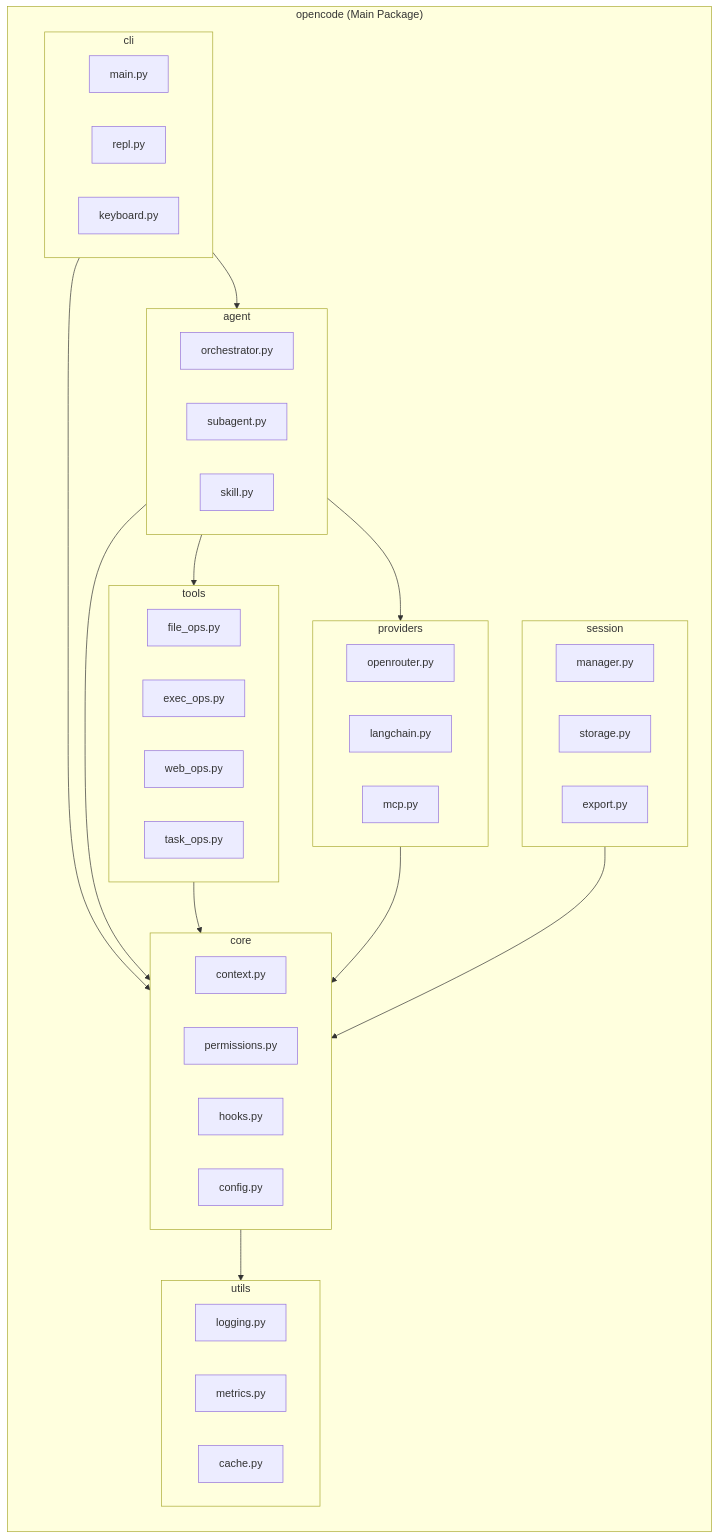
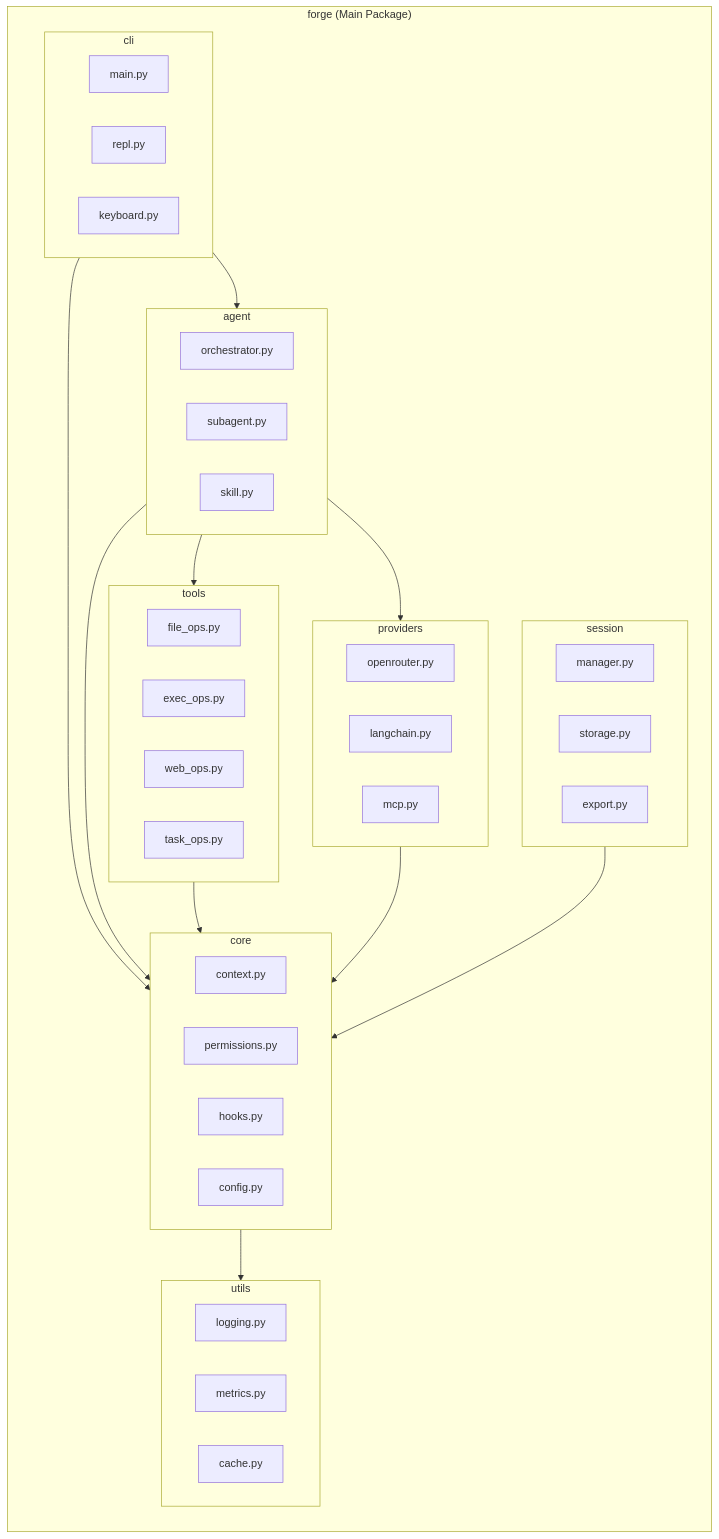
Diagram 38 of 38 in .ai/reference/UML.md (corey-rosamond/Code-Forge), drawn with Mermaid before and after one commit. The commit also changed other lines of this file and 505 other files, not shown here.

````diff
--- a/.ai/reference/UML.md
+++ b/.ai/reference/UML.md
@@ -1819,60 +1819,60 @@
 ```mermaid
 flowchart TB
-    subgraph opencode["opencode (Main Package)"]
+    subgraph forge["forge (Main Package)"]
         direction TB
 
         subgraph cli["cli"]
             MAIN[main.py]
             REPL_MOD[repl.py]
             KEYBOARD[keyboard.py]
         end
 
         subgraph agent["agent"]
             ORCHESTRATOR[orchestrator.py]
             SUBAGENT[subagent.py]
             SKILL[skill.py]
         end
 
         subgraph tools["tools"]
             FILE_TOOLS[file_ops.py]
             EXEC_TOOLS[exec_ops.py]
             WEB_TOOLS[web_ops.py]
             TASK_TOOLS[task_ops.py]
         end
 
         subgraph providers["providers"]
             OPENROUTER[openrouter.py]
             LANGCHAIN_PROV[langchain.py]
             MCP_PROV[mcp.py]
         end
 
         subgraph core["core"]
             CONTEXT[context.py]
             PERMISSIONS[permissions.py]
             HOOKS[hooks.py]
             CONFIG[config.py]
         end
 
         subgraph session["session"]
             SESSION_MGR[manager.py]
             STORAGE[storage.py]
             EXPORT[export.py]
         end
 
         subgraph utils["utils"]
             LOGGING[logging.py]
             METRICS[metrics.py]
             CACHE[cache.py]
         end
     end
 
     cli --> agent
     cli --> core
     agent --> tools
     agent --> providers
     agent --> core
     tools --> core
     providers --> core
     session --> core
     core --> utils
 ```
````
